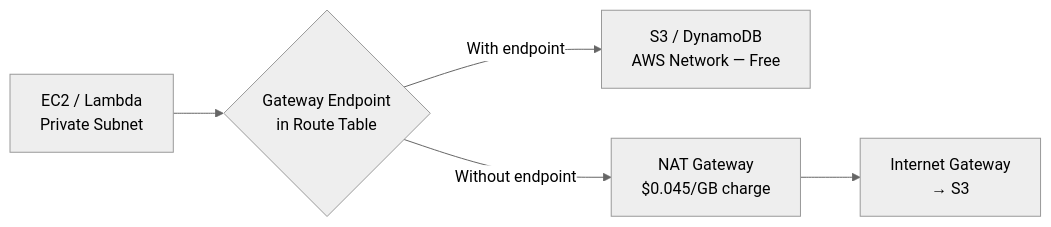
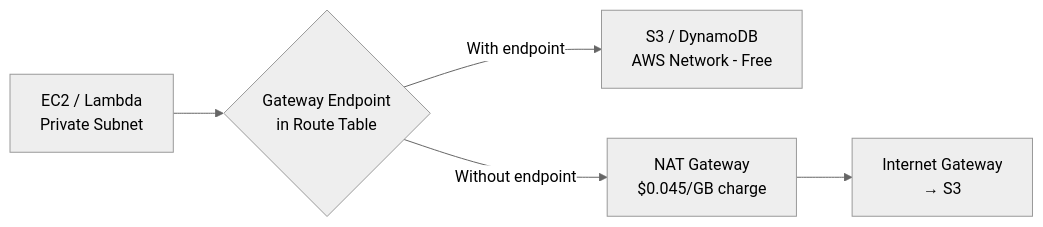
One commit to wildfirebill-web/oneuptime-blog changed the diagram in posts/2026-03-20-vpc-endpoints-s3-dynamodb-opentofu/README.md. Above: the diagram before and after it, drawn with Mermaid (neutral theme). The commit also changed other lines of this file and 41565 other files, not shown here.

````diff
--- a/posts/2026-03-20-vpc-endpoints-s3-dynamodb-opentofu/README.md
+++ b/posts/2026-03-20-vpc-endpoints-s3-dynamodb-opentofu/README.md
@@ -15,7 +15,7 @@
 ```mermaid
 graph LR
     A[EC2 / Lambda<br/>Private Subnet] --> B{Gateway Endpoint<br/>in Route Table}
-    B -->|With endpoint| C[S3 / DynamoDB<br/>AWS Network — Free]
+    B -->|With endpoint| C[S3 / DynamoDB<br/>AWS Network - Free]
     B -->|Without endpoint| D[NAT Gateway<br/>$0.045/GB charge]
     D --> E[Internet Gateway<br/>→ S3]
 ```
````
